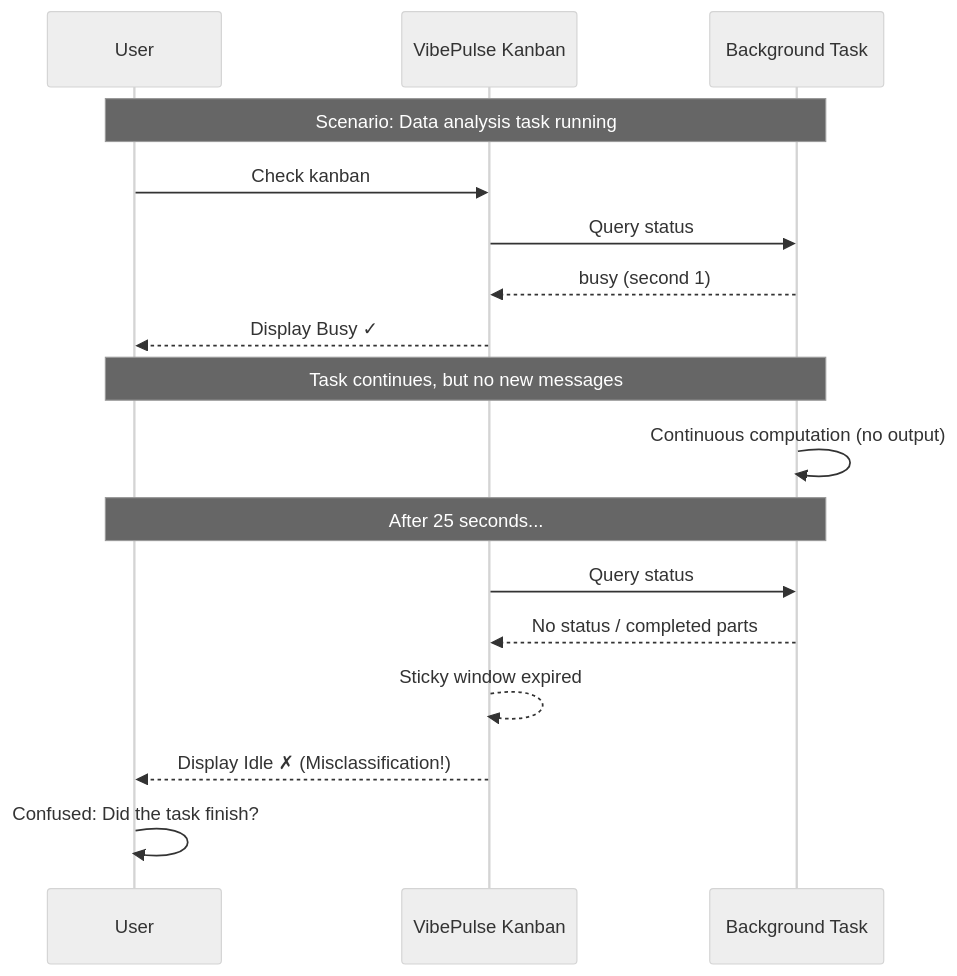
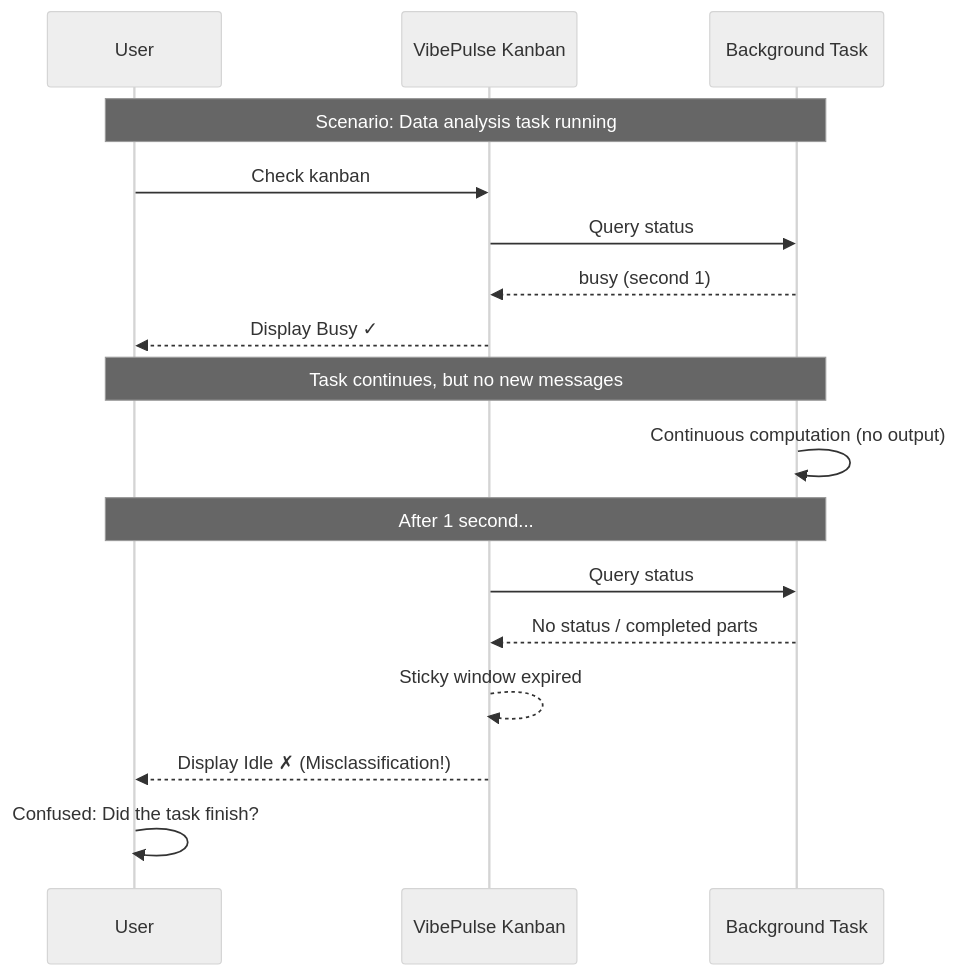
The seventh of 8 diagrams in docs/session-status-detection.md (ChatTreeNet/VibePulse), drawn with Mermaid (neutral theme) before and after one commit. The commit also changed other lines of this file and 1 other file, not shown here.

````diff
--- a/docs/session-status-detection.md
+++ b/docs/session-status-detection.md
@@ -195,26 +195,26 @@
 ```mermaid
 sequenceDiagram
     participant User as User
     participant UI as VibePulse Kanban
     participant Task as Background Task
     
     Note over User,Task: Scenario: Data analysis task running
     
     User->>UI: Check kanban
     UI->>Task: Query status
     Task-->>UI: busy (second 1)
     UI-->>User: Display Busy ✓
     
     Note over User,Task: Task continues, but no new messages
     
     Task->>Task: Continuous computation (no output)
     
-    Note over User,Task: After 25 seconds...
+    Note over User,Task: After 1 second...
     
     UI->>Task: Query status
     Task-->>UI: No status / completed parts
     UI-->>UI: Sticky window expired
     UI-->>User: Display Idle ✗ (Misclassification!)
     
     User->>User: Confused: Did the task finish?
 ```
````
